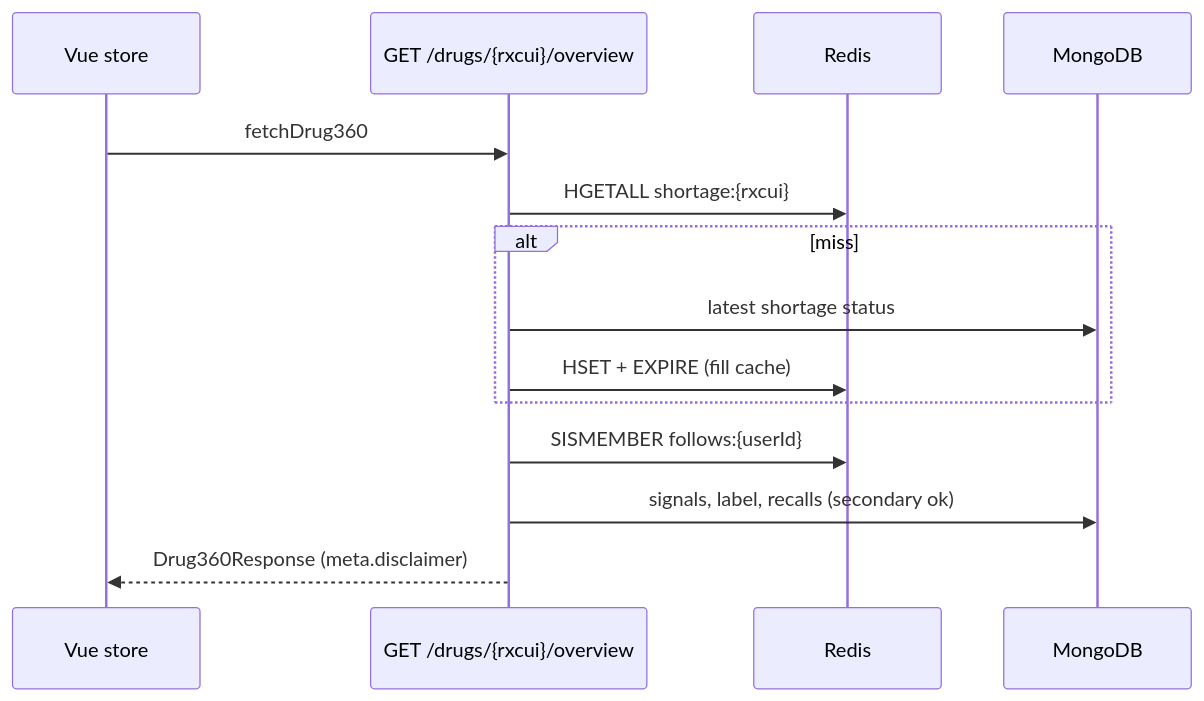
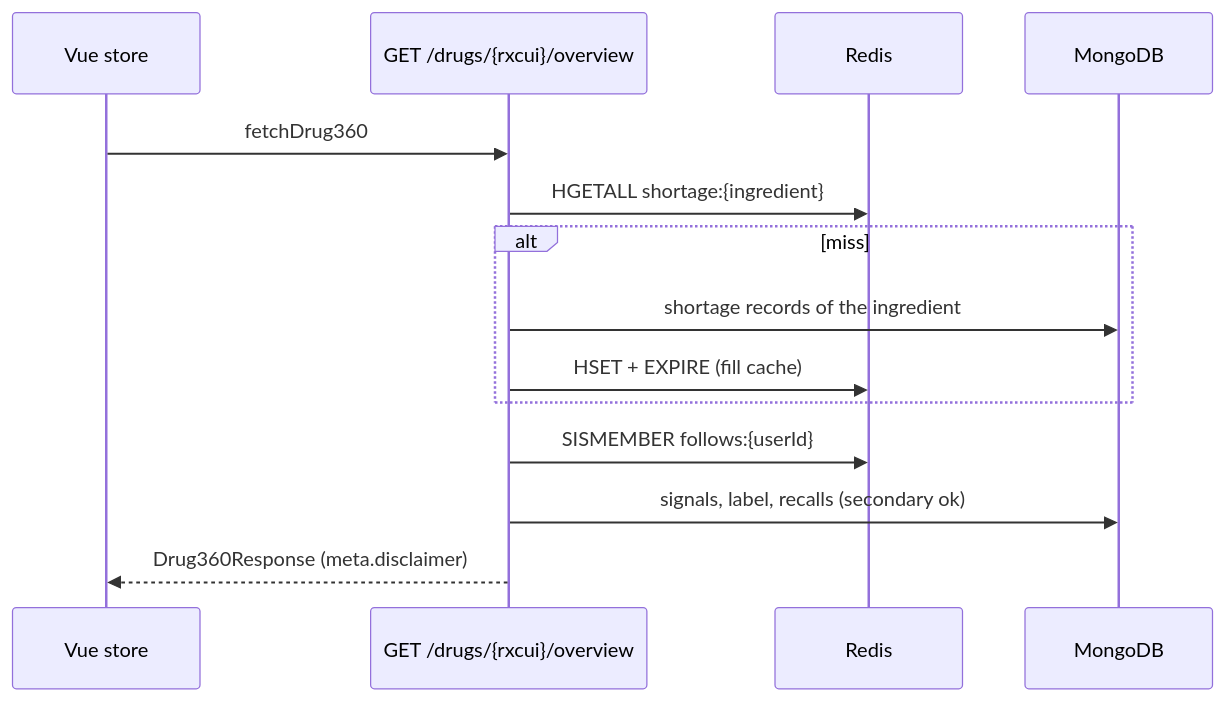
The first of 2 diagrams in README.md (Milko0/MedSignal-Backend), drawn with Mermaid before and after one commit. The commit also changed other lines of this file and 167 other files, not shown here.

````diff
--- a/README.md
+++ b/README.md
@@ -139,16 +258,16 @@
 ```mermaid
 sequenceDiagram
   participant V as Vue store
   participant A as GET /drugs/{rxcui}/overview
   participant R as Redis
   participant M as MongoDB
   V->>A: fetchDrug360
-  A->>R: HGETALL shortage:{rxcui}
+  A->>R: HGETALL shortage:{ingredient}
   alt miss
-    A->>M: latest shortage status
+    A->>M: shortage records of the ingredient
     A->>R: HSET + EXPIRE (fill cache)
   end
   A->>R: SISMEMBER follows:{userId}
   A->>M: signals, label, recalls (secondary ok)
   A-->>V: Drug360Response (meta.disclaimer)
 ```
````
